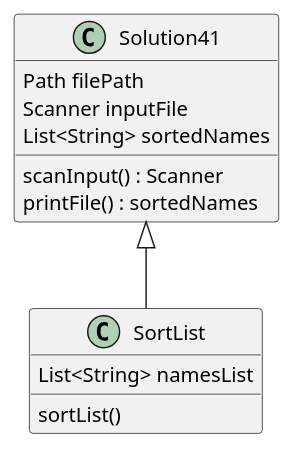
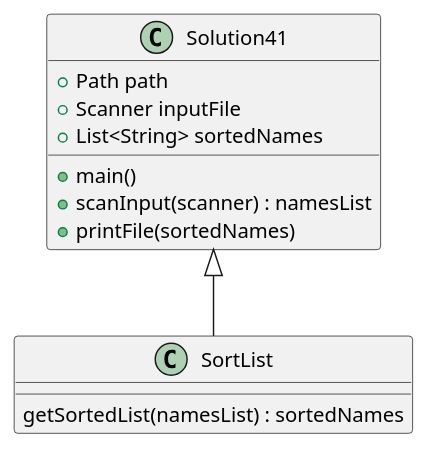
Before and after one commit to faziok/fazio-a04: the diagram in exercise41/baseline.Solution41/docs/Solution41.puml, drawn with PlantUML. The commit also changed 8 other files, not shown here.

Commit message:
added tests for file, updated UML

```diff
--- a/exercise41/baseline.Solution41/docs/Solution41.puml
+++ b/exercise41/baseline.Solution41/docs/Solution41.puml
@@ -1,20 +1,20 @@
 @startuml
 
 class Solution41{
-Path filePath
-Scanner inputFile
-List<String> sortedNames
+    +Path path
+    +Scanner inputFile
+    +List<String> sortedNames
 
-scanInput() : Scanner
-printFile() : sortedNames
+
+    +main()
+    +scanInput(scanner) : namesList
+    +printFile(sortedNames)
 }
 
 class SortList{
-List<String> namesList
-
-sortList()
+    getSortedList(namesList) : sortedNames
 }
 
 Solution41 <|-- SortList
 
 @enduml
```
